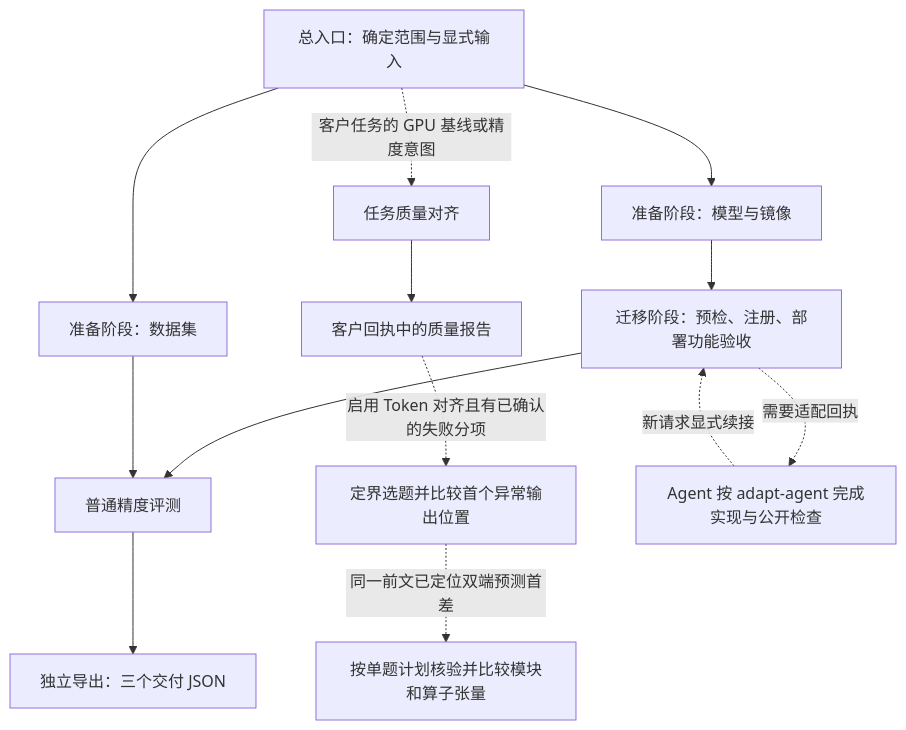
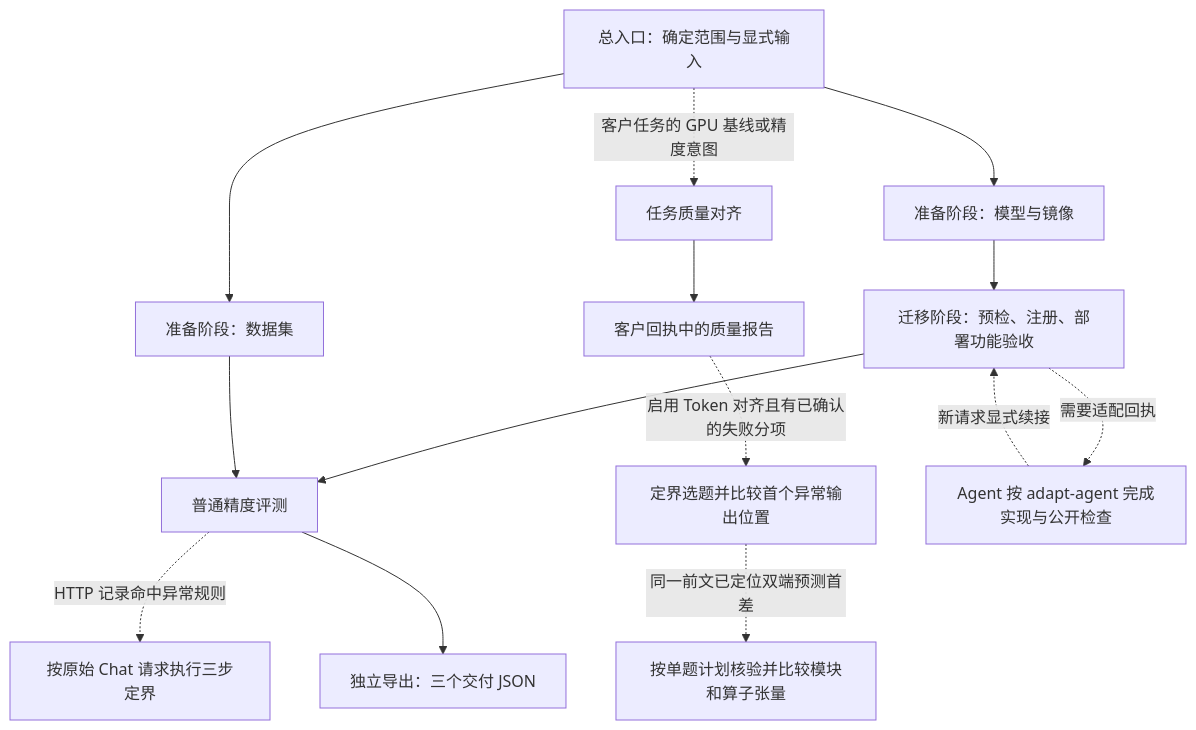
The diagram in docs/ARCHITECTURE.md (23japhone/model-migration), drawn with Mermaid before and after one commit. The commit also changed other lines of this file and 7 other files, not shown here.

````diff
--- a/docs/ARCHITECTURE.md
+++ b/docs/ARCHITECTURE.md
@@ -127,15 +127,16 @@
 ```mermaid
 flowchart TD
     E[总入口：确定范围与显式输入] --> P[准备阶段：模型与镜像]
     E --> D[准备阶段：数据集]
     P --> M[迁移阶段：预检、注册、部署功能验收]
     M --> A[普通精度评测]
     D --> A
+    A -. HTTP 记录命中异常规则 .-> B[按原始 Chat 请求执行三步定界]
     A --> H[独立导出：三个交付 JSON]
     E -. 客户任务的 GPU 基线或精度意图 .-> Q[任务质量对齐]
     Q --> S[客户回执中的质量报告]
     S -. 启用 Token 对齐且有已确认的失败分项 .-> T[定界选题并比较首个异常输出位置]
     T -. 同一前文已定位双端预测首差 .-> X[按单题计划核验并比较模块和算子张量]
     M -. 需要适配回执 .-> R[Agent 按 adapt-agent 完成实现与公开检查]
     R -. 新请求显式续接 .-> M
 ```
````
